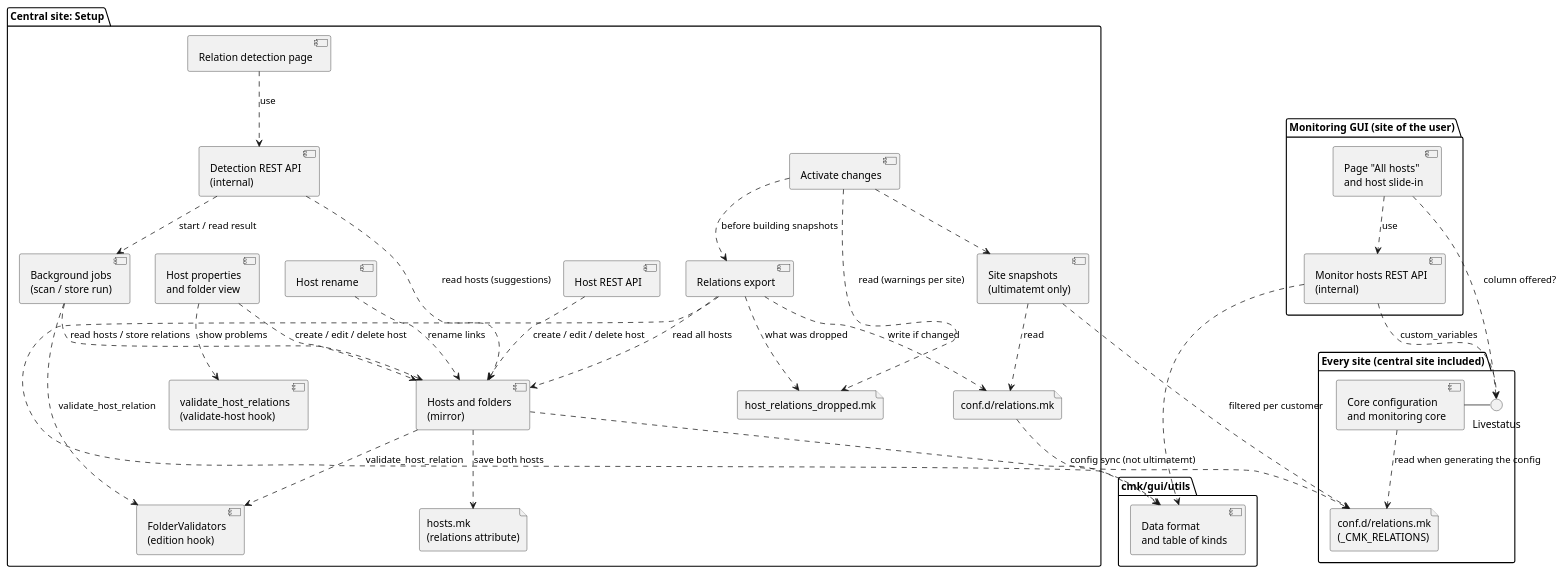
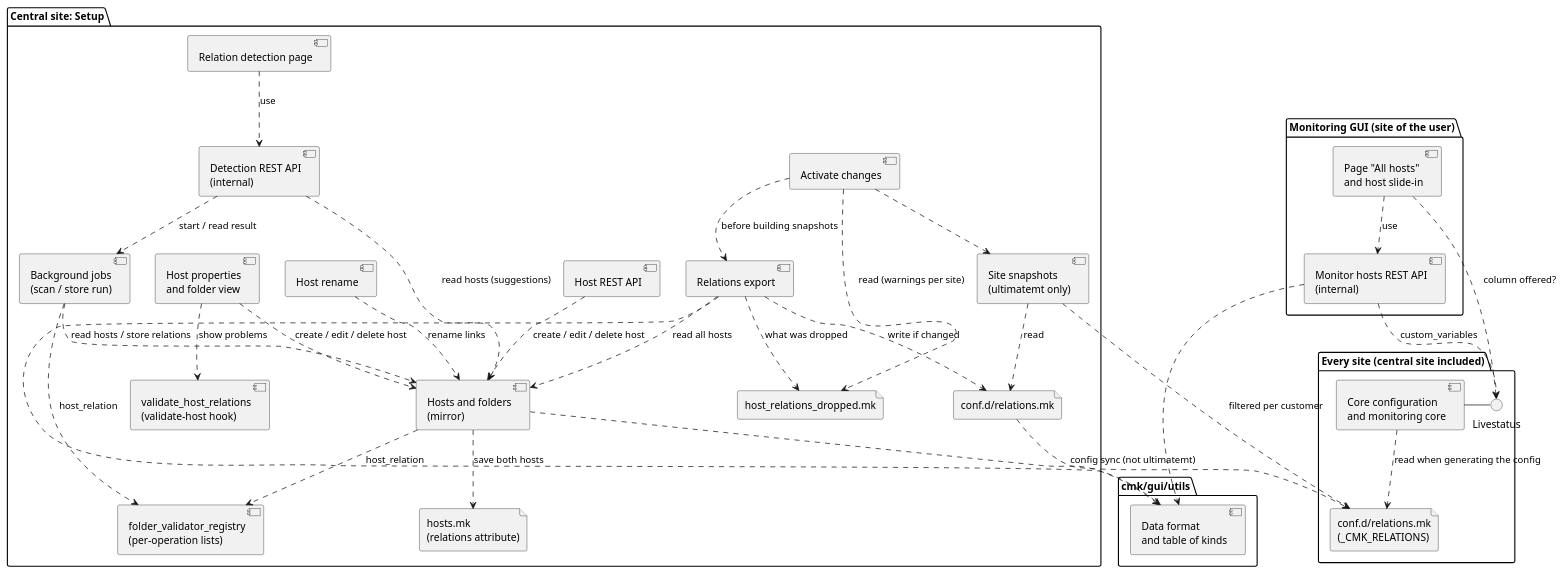
The diagram in doc/documentation/arch-comp-host-relations.rst (Checkmk/checkmk), drawn with PlantUML before and after one commit. The commit also changed other lines of this file and 7 other files, not shown here.

First line of the commit message:
Drop edition dependency in folder validation

```diff
--- a/doc/documentation/arch-comp-host-relations.rst
+++ b/doc/documentation/arch-comp-host-relations.rst
@@ -143,63 +143,63 @@
 .. uml::
 
     package "Central site: Setup" {
         [Host properties\nand folder view] as dialog
         [Host REST API] as host_api
         [Relation detection page] as detection_page
         [Detection REST API\n(internal)] as detection_api
         [Background jobs\n(scan / store run)] as jobs
         [Host rename] as rename
         [Hosts and folders\n(mirror)] as hosts
         [validate_host_relations\n(validate-host hook)] as validation
-        [FolderValidators\n(edition hook)] as validators
+        [folder_validator_registry\n(per-operation lists)] as validators
         [Activate changes] as activation
         [Relations export] as export
         [Site snapshots\n(ultimatemt only)] as snapshots
         file "hosts.mk\n(relations attribute)" as hosts_mk
         file "conf.d/relations.mk" as relations_mk
         file "host_relations_dropped.mk" as dropped_mk
     }
 
     package "Every site (central site included)" {
         file "conf.d/relations.mk\n(_CMK_RELATIONS)" as site_relations_mk
         [Core configuration\nand monitoring core] as core
         () Livestatus as livestatus
     }
 
     package "Monitoring GUI (site of the user)" {
         [Page "All hosts"\nand host slide-in] as views
         [Monitor hosts REST API\n(internal)] as monitor_api
     }
 
     package "cmk/gui/utils" {
         [Data format\nand table of kinds] as shared
     }
 
     dialog ..> hosts: create / edit / delete host
     dialog ..> validation: show problems
     host_api ..> hosts: create / edit / delete host
     rename ..> hosts: rename links
     detection_page ..> detection_api: use
     detection_api ..> hosts: read hosts (suggestions)
     detection_api ..> jobs: start / read result
     jobs ..> hosts: read hosts / store relations
-    hosts ..> validators: validate_host_relation
-    jobs ..> validators: validate_host_relation
+    hosts ..> validators: host_relation
+    jobs ..> validators: host_relation
     hosts ..> hosts_mk: save both hosts
     activation ..> export: before building snapshots
     export ..> hosts: read all hosts
     export ..> relations_mk: write if changed
     export ..> dropped_mk: what was dropped
     activation ..> dropped_mk: read (warnings per site)
     relations_mk ..> site_relations_mk: config sync (not ultimatemt)
     activation ..> snapshots
     snapshots ..> relations_mk: read
     snapshots ..> site_relations_mk: filtered per customer
     core ..> site_relations_mk: read when generating the config
     core - livestatus
     views ..> monitor_api: use
     views ..> livestatus: column offered?
     monitor_api ..> livestatus: custom_variables
     hosts ..> shared
     export ..> shared
     monitor_api ..> shared
```
